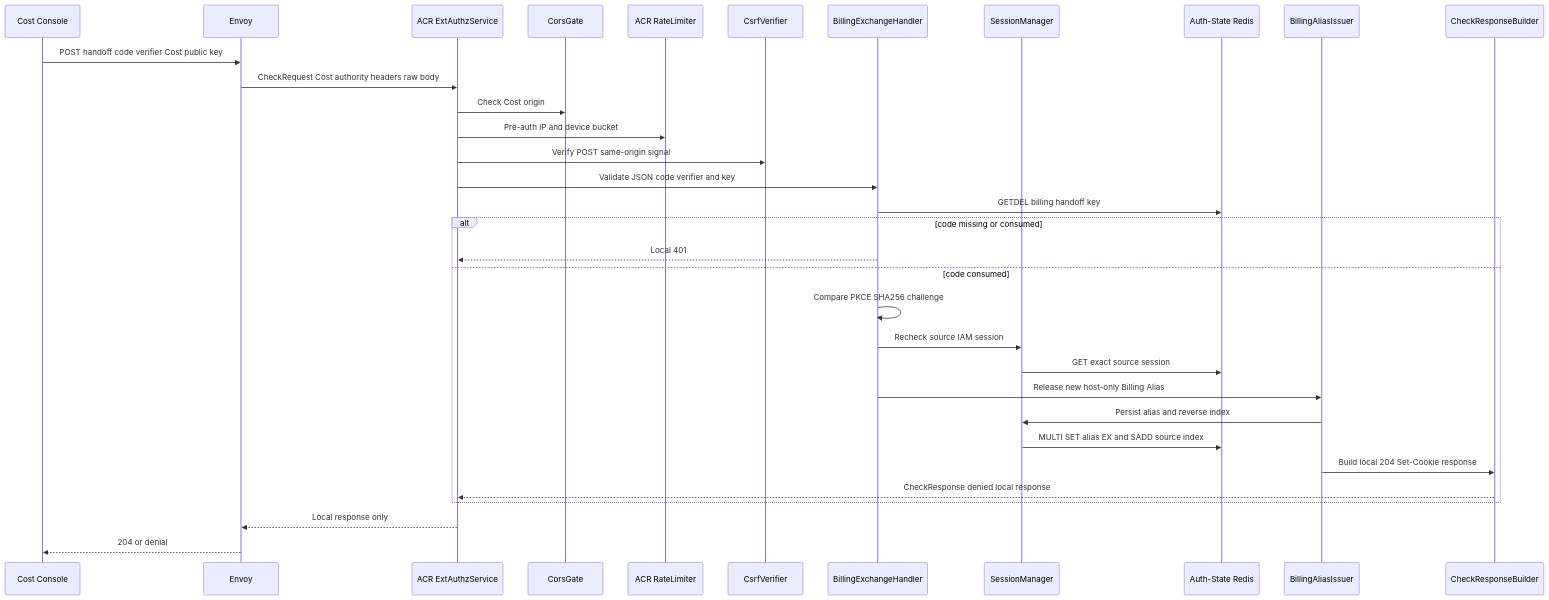
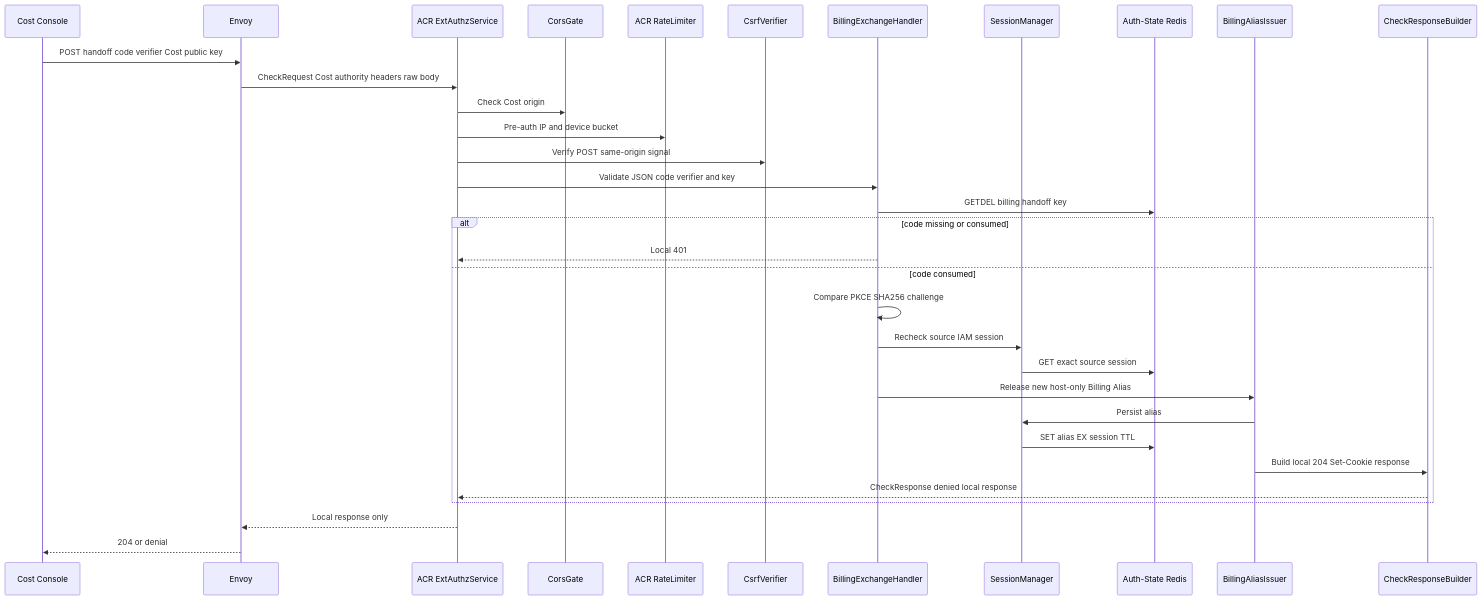
One commit to phucle996/aurora changed the diagram in god_view/billing/billing_alias_exchange_god_view.md. Above: the diagram before and after it, drawn with Mermaid. The commit also changed other lines of this file and 21 other files, not shown here.

````diff
--- a/god_view/billing/billing_alias_exchange_god_view.md
+++ b/god_view/billing/billing_alias_exchange_god_view.md
@@ -85,36 +92,36 @@
 ```mermaid
 sequenceDiagram
     participant UI as Cost Console
     participant E as Envoy
     participant X as ACR ExtAuthzService
     participant CG as CorsGate
     participant RL as ACR RateLimiter
     participant CSRF as CsrfVerifier
     participant EH as BillingExchangeHandler
     participant SM as SessionManager
     participant AR as Auth-State Redis
     participant AI as BillingAliasIssuer
     participant CR as CheckResponseBuilder
 
     UI->>E: POST handoff code verifier Cost public key
     E->>X: CheckRequest Cost authority headers raw body
     X->>CG: Check Cost origin
     X->>RL: Pre-auth IP and device bucket
     X->>CSRF: Verify POST same-origin signal
     X->>EH: Validate JSON code verifier and key
     EH->>AR: GETDEL billing handoff key
     alt code missing or consumed
         EH-->>X: Local 401
     else code consumed
         EH->>EH: Compare PKCE SHA256 challenge
         EH->>SM: Recheck source IAM session
         SM->>AR: GET exact source session
         EH->>AI: Release new host-only Billing Alias
-        AI->>SM: Persist alias and reverse index
-        SM->>AR: MULTI SET alias EX and SADD source index
+        AI->>SM: Persist alias
+        SM->>AR: SET alias EX session TTL
         AI->>CR: Build local 204 Set-Cookie response
         CR-->>X: CheckResponse denied local response
     end
     X-->>E: Local response only
     E-->>UI: 204 or denial
 ```
````
